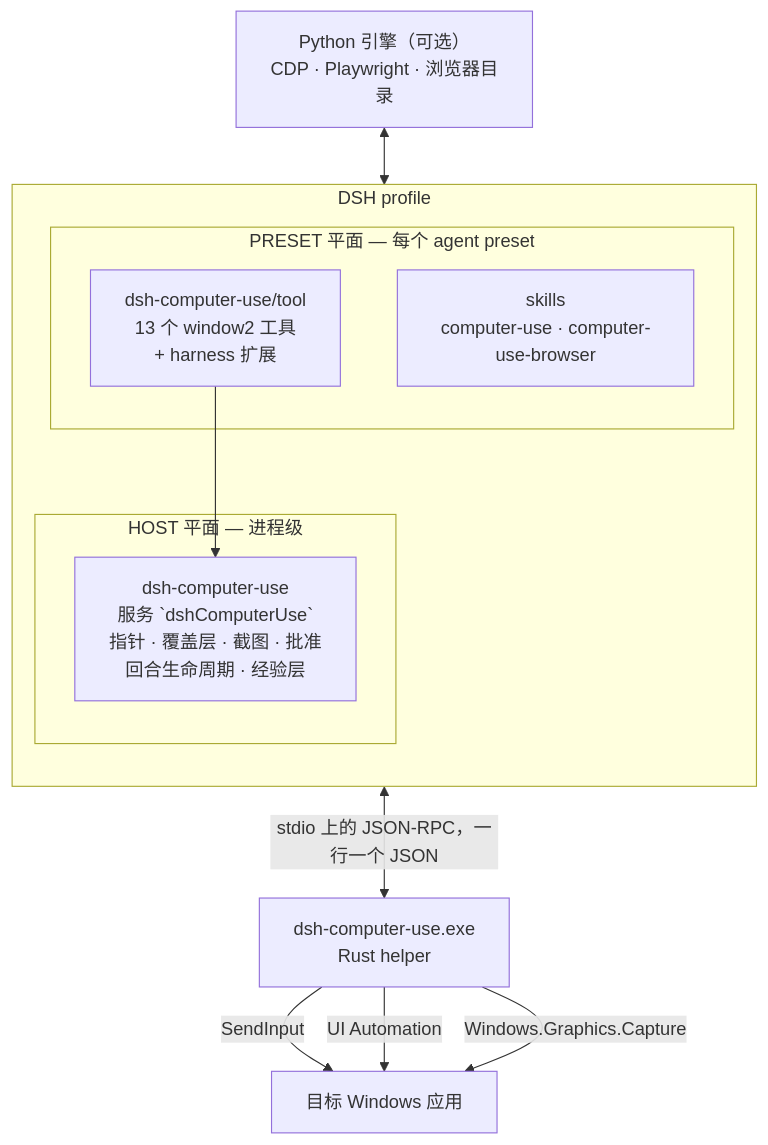
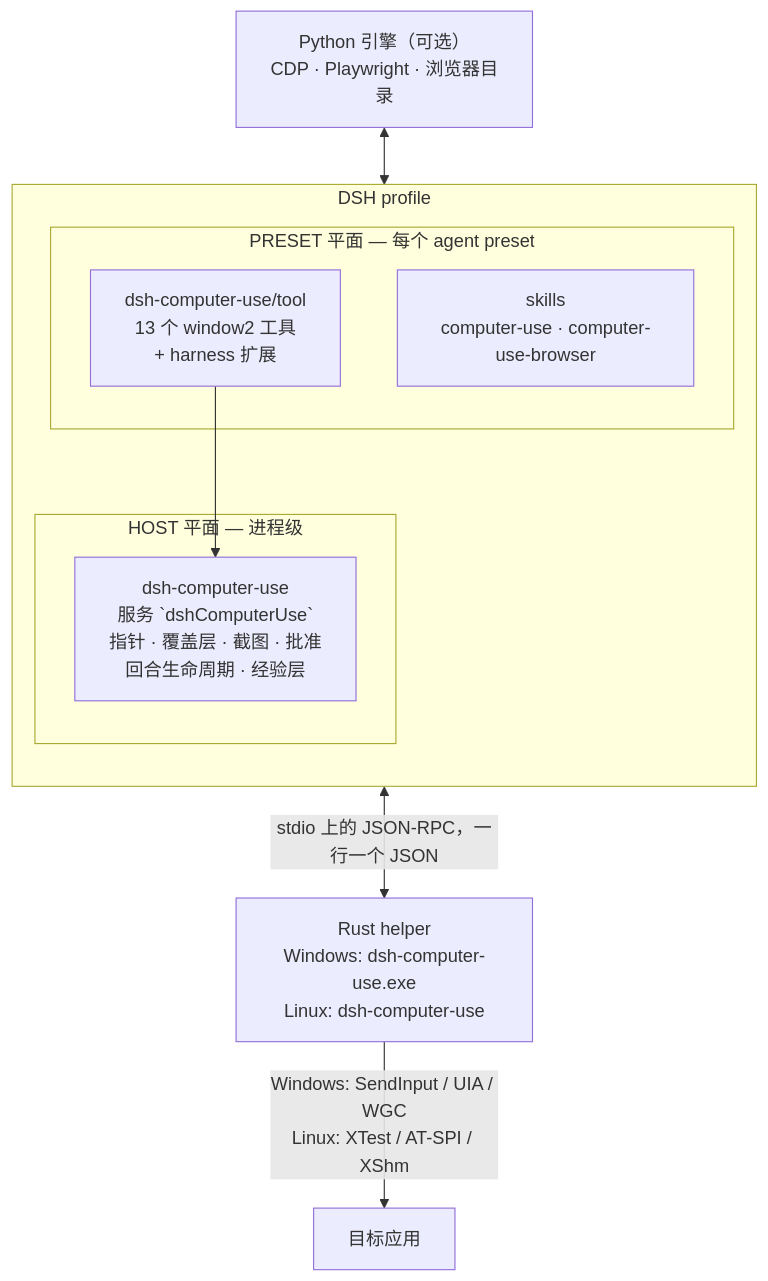
One commit to ase-sketch/dsh-computer-use_codex-style changed the first of 2 diagrams in README.zh-CN.md. Above: the diagram before and after it, drawn with Mermaid. The commit also changed other lines of this file and 1 other file, not shown here.

First line of the commit message:
docs: 补充 Linux (X11) 跨平台支持与快速上手指南

````diff
--- a/README.zh-CN.md
+++ b/README.zh-CN.md
@@ -137,19 +173,17 @@
 ```mermaid
 flowchart TB
   subgraph DSH["DSH profile"]
     direction TB
     subgraph HOST["HOST 平面 — 进程级"]
       S["dsh-computer-use<br/>服务 `dshComputerUse`<br/>指针 · 覆盖层 · 截图 · 批准<br/>回合生命周期 · 经验层"]
     end
     subgraph PRESET["PRESET 平面 — 每个 agent preset"]
       T["dsh-computer-use/tool<br/>13 个 window2 工具<br/>+ harness 扩展"]
       K["skills<br/>computer-use · computer-use-browser"]
     end
   end
-  S <-->|"stdio 上的 JSON-RPC，一行一个 JSON"| H["dsh-computer-use.exe<br/>Rust helper"]
-  H -->|SendInput| APP["目标 Windows 应用"]
-  H -->|UI Automation| APP
-  H -->|Windows.Graphics.Capture| APP
+  S <-->|"stdio 上的 JSON-RPC，一行一个 JSON"| H["Rust helper<br/>Windows: dsh-computer-use.exe<br/>Linux: dsh-computer-use"]
+  H -->|Windows: SendInput / UIA / WGC<br/>Linux: XTest / AT-SPI / XShm| APP["目标应用"]
   T --> S
   P["Python 引擎（可选）<br/>CDP · Playwright · 浏览器目录"] <--> S
 ```
````
